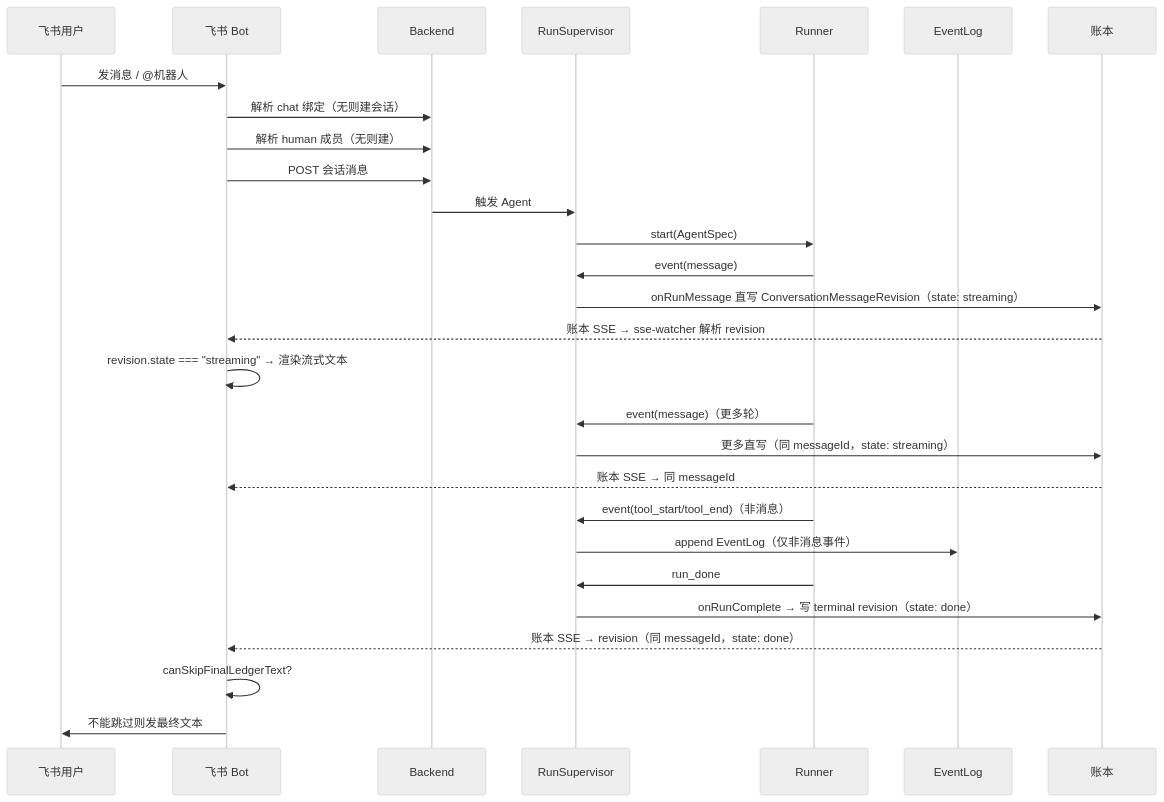
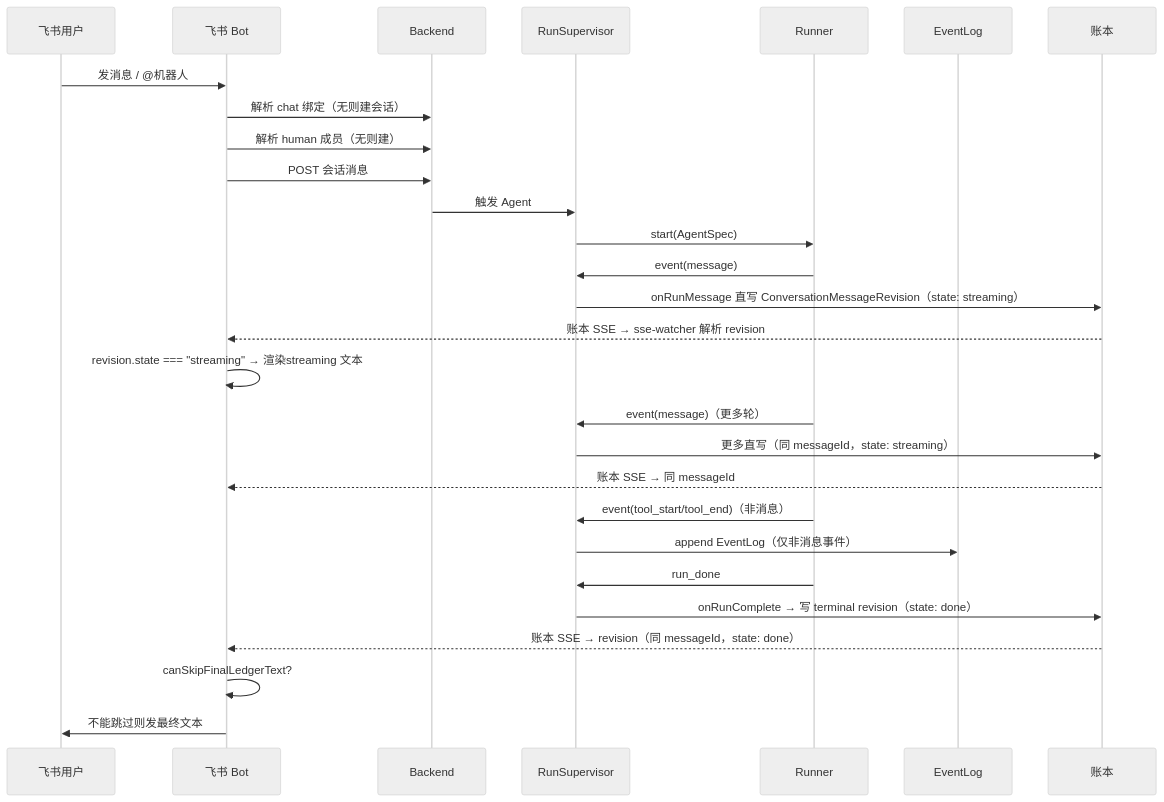
One commit to Chengchcc/my-agent-team changed the diagram in docs/architecture/flows/e2e-lark-message.md. Above: the diagram before and after it, drawn with Mermaid (neutral theme). The commit also changed other lines of this file and 24 other files, not shown here.

````diff
--- a/docs/architecture/flows/e2e-lark-message.md
+++ b/docs/architecture/flows/e2e-lark-message.md
@@ -20,31 +20,31 @@
 ```mermaid
 sequenceDiagram
   participant U as 飞书用户
   participant Bot as 飞书 Bot
   participant B as Backend
   participant S as RunSupervisor
   participant D as Runner
   participant E as EventLog
   participant L as 账本
 
   U->>Bot: 发消息 / @机器人
   Bot->>B: 解析 chat 绑定（无则建会话）
   Bot->>B: 解析 human 成员（无则建）
   Bot->>B: POST 会话消息
   B->>S: 触发 Agent
   S->>D: start(AgentSpec)
   D->>S: event(message)
   S->>L: onRunMessage 直写 ConversationMessageRevision（state: streaming）
   L-->>Bot: 账本 SSE → sse-watcher 解析 revision
-  Bot->>Bot: revision.state === "streaming" → 渲染流式文本
+  Bot->>Bot: revision.state === "streaming" → 渲染streaming 文本
   D->>S: event(message)（更多轮）
   S->>L: 更多直写（同 messageId，state: streaming）
   L-->>Bot: 账本 SSE → 同 messageId
   D->>S: event(tool_start/tool_end)（非消息）
   S->>E: append EventLog（仅非消息事件）
   D->>S: run_done
   S->>L: onRunComplete → 写 terminal revision（state: done）
   L-->>Bot: 账本 SSE → revision（同 messageId，state: done）
   Bot->>Bot: canSkipFinalLedgerText?
   Bot->>U: 不能跳过则发最终文本
 ```
````
